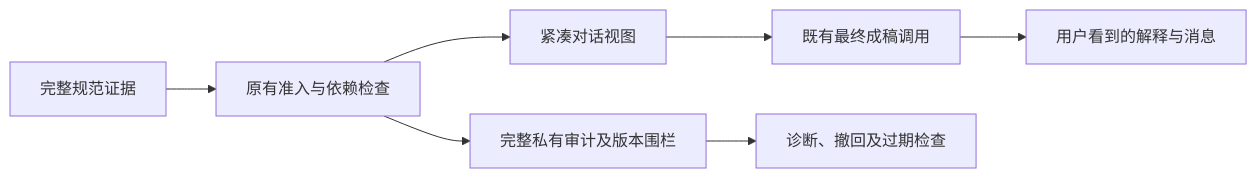
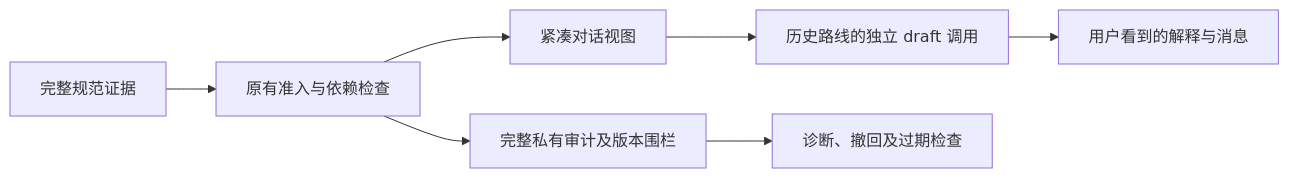
One commit to zhkzly/qq-chat-assistant changed the diagram in docs/conversational-evidence_CN.md. Above: the diagram before and after it, drawn with Mermaid. The commit also changed other lines of this file and 90 other files, not shown here.

````diff
--- a/docs/conversational-evidence_CN.md
+++ b/docs/conversational-evidence_CN.md
@@ -14,9 +16,9 @@
 ```mermaid
 flowchart LR
   R[完整规范证据] --> V[原有准入与依赖检查]
   V --> A[完整私有审计及版本围栏]
   V --> C[紧凑对话视图]
-  C --> M[既有最终成稿调用]
+  C --> M[历史路线的独立 draft 调用]
   A --> D[诊断、撤回及过期检查]
   M --> H[用户看到的解释与消息]
 ```
````
